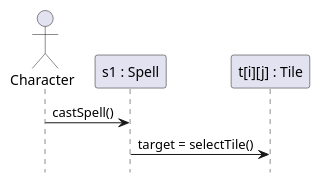
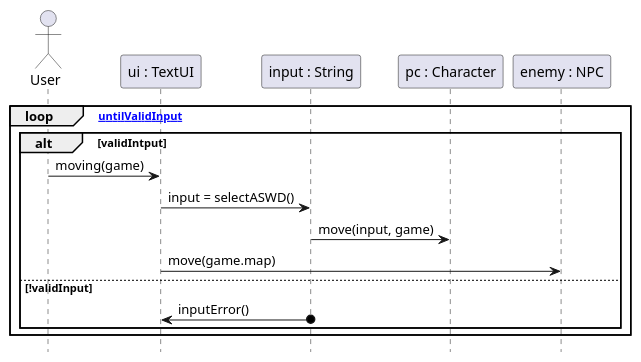
One commit to dgoldman30/Dungeon_Crawler changed the fifth of 7 diagrams in doc/design.md. Above: the diagram before and after it, drawn with PlantUML. The commit also changed other lines of this file and 4 other files, not shown here.

````diff
--- a/doc/design.md
+++ b/doc/design.md
@@ -140,14 +132,23 @@
 ```plantuml
 @startuml
 
 hide footbox
 
-actor Character
-participant "s1 : Spell" as spell
-participant "t[i][j] : Tile" as target
+actor User
+participant "ui : TextUI" as ui
+participant "input : String" as input
+participant "pc : Character" as pc
+participant "enemy : NPC" as enemy
 
-Character -> spell : castSpell()
-spell -> target : target = selectTile()
-
+loop [untilValidInput]
+alt validIntput
+User -> ui : moving(game)
+ui -> input : input = selectASWD()
+input -> pc : move(input, game)
+ui -> enemy : move(game.map)
+else !validInput
+input o-> ui : inputError()
+end
+end
 @enduml
 ```
````
